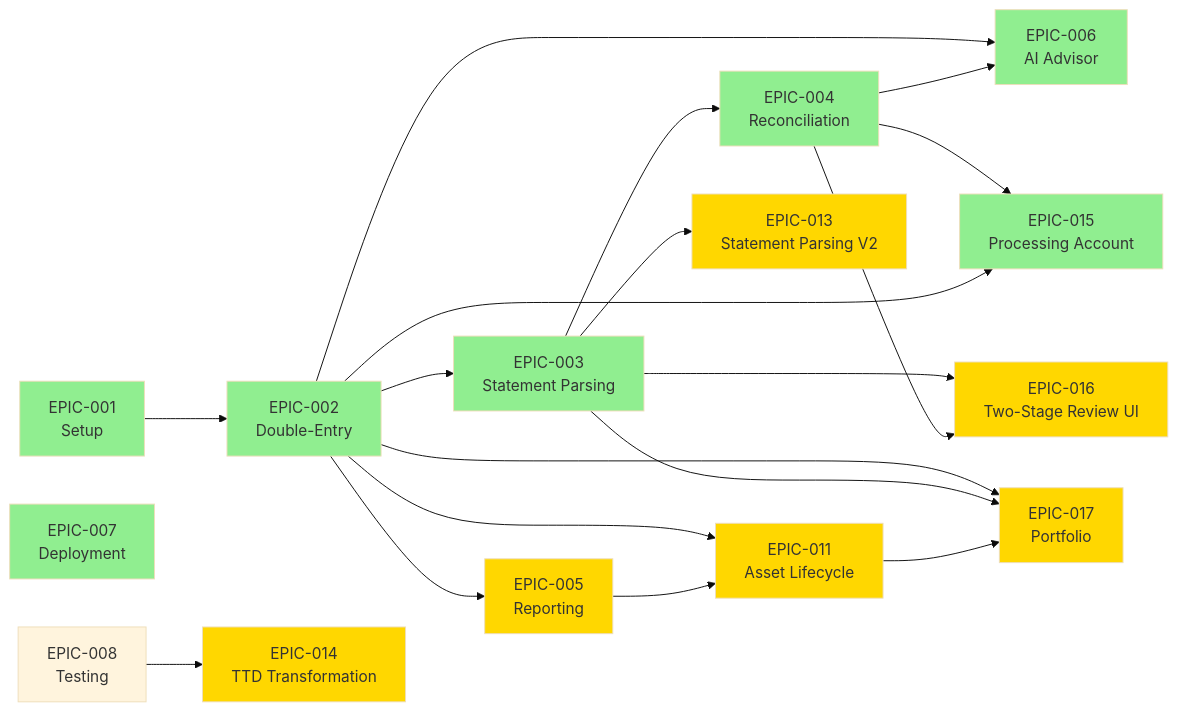
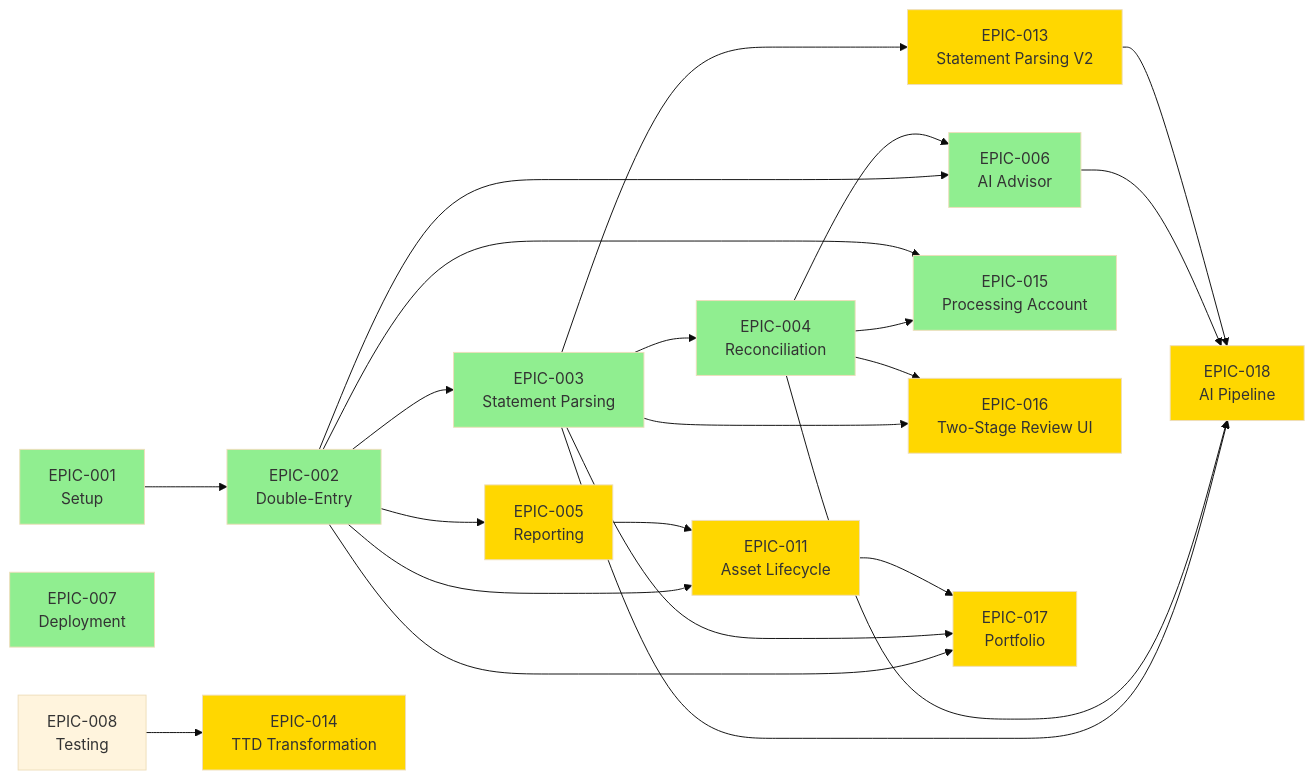
The diagram in docs/project/README.md (wangzitian0/finance_report), drawn with Mermaid (base theme) before and after one commit. The commit also changed other lines of this file and 17 other files, not shown here.

First line of the commit message:
feat(epic-018): implement phase 1 AI-driven classification pipeline (#326)

````diff
--- a/docs/project/README.md
+++ b/docs/project/README.md
@@ -70,35 +72,40 @@
 ```mermaid
 graph LR
     E1[EPIC-001<br/>Setup] --> E2[EPIC-002<br/>Double-Entry]
     E2 --> E3[EPIC-003<br/>Statement Parsing]
     E3 --> E4[EPIC-004<br/>Reconciliation]
     E2 --> E5[EPIC-005<br/>Reporting]
     E2 --> E6[EPIC-006<br/>AI Advisor]
     E4 --> E6
     E7[EPIC-007<br/>Deployment]
     E2 --> E11[EPIC-011<br/>Asset Lifecycle]
     E5 --> E11
     E3 --> E13[EPIC-013<br/>Statement Parsing V2]
     E8[EPIC-008<br/>Testing] --> E14[EPIC-014<br/>TTD Transformation]
     E4 --> E15[EPIC-015<br/>Processing Account]
     E2 --> E15
     E3 --> E16[EPIC-016<br/>Two-Stage Review UI]
     E4 --> E16
     E2 --> E17[EPIC-017<br/>Portfolio]
     E3 --> E17
     E11 --> E17
+    E3 --> E18[EPIC-018<br/>AI Pipeline]
+    E4 --> E18
+    E6 --> E18
+    E13 --> E18
     
     style E1 fill:#90EE90
     style E2 fill:#90EE90
     style E3 fill:#90EE90
     style E4 fill:#90EE90
     style E5 fill:#FFD700
     style E6 fill:#90EE90
     style E7 fill:#90EE90
     style E11 fill:#FFD700
     style E13 fill:#FFD700
     style E14 fill:#FFD700
     style E15 fill:#90EE90
     style E16 fill:#FFD700
     style E17 fill:#FFD700
+    style E18 fill:#FFD700
 ```
````
